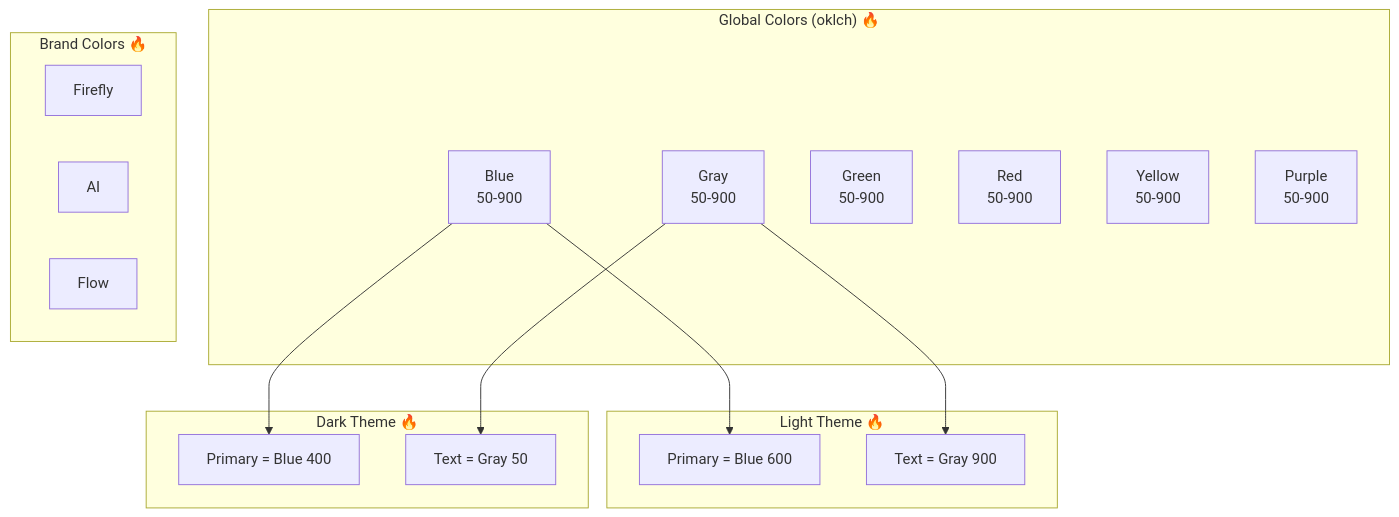
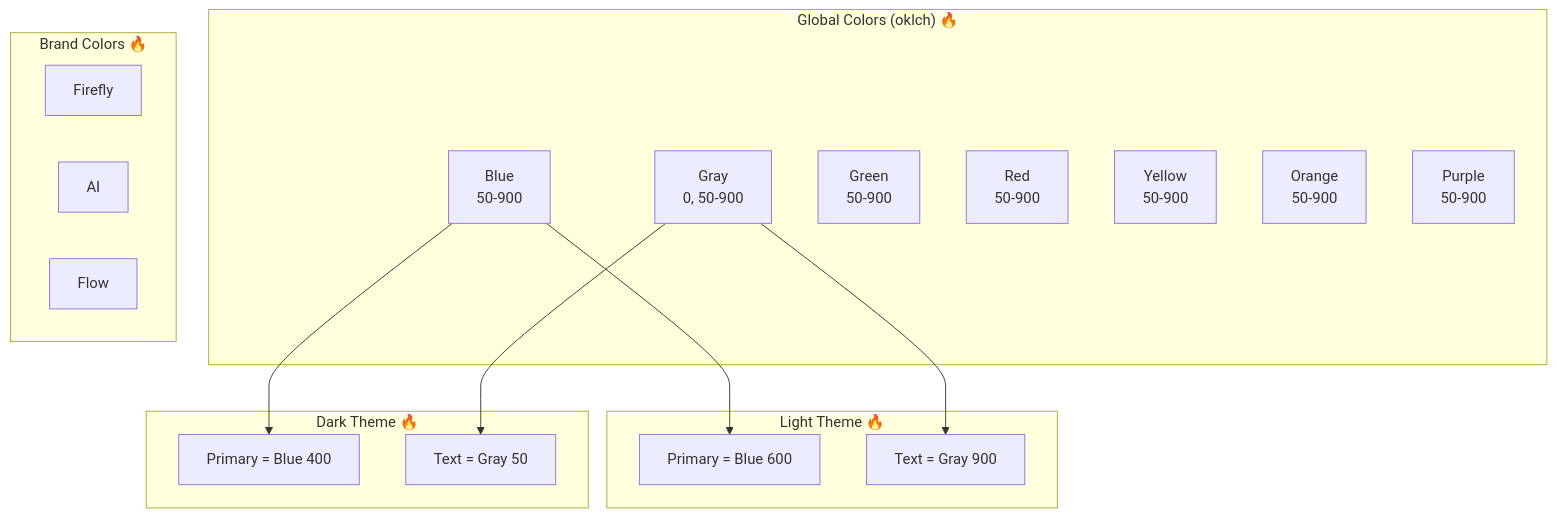
The third of 4 diagrams in packages/foundations/README.md (Kotrecon/faf-design-system), drawn with Mermaid before and after one commit. The commit also changed other lines of this file and 42 other files, not shown here.

````diff
--- a/packages/foundations/README.md
+++ b/packages/foundations/README.md
@@ -128,32 +152,33 @@
 ```mermaid
 flowchart TD
     subgraph "Global Colors (oklch) 🔥"
         BLUE[Blue<br/>50-900]
-        GRAY[Gray<br/>50-900]
+        GRAY[Gray<br/>0, 50-900]
         GREEN[Green<br/>50-900]
         RED[Red<br/>50-900]
         YELLOW[Yellow<br/>50-900]
+        ORANGE[Orange<br/>50-900]
         PURPLE[Purple<br/>50-900]
     end
 
     subgraph "Brand Colors 🔥"
         FIREFLY[Firefly]
         AI[AI]
         FLOW[Flow]
     end
 
     subgraph "Light Theme 🔥"
         L_PRI[Primary = Blue 600]
         L_TEXT[Text = Gray 900]
     end
 
     subgraph "Dark Theme 🔥"
         D_PRI[Primary = Blue 400]
         D_TEXT[Text = Gray 50]
     end
 
     BLUE --> L_PRI
     BLUE --> D_PRI
     GRAY --> L_TEXT
     GRAY --> D_TEXT
 ```
````
